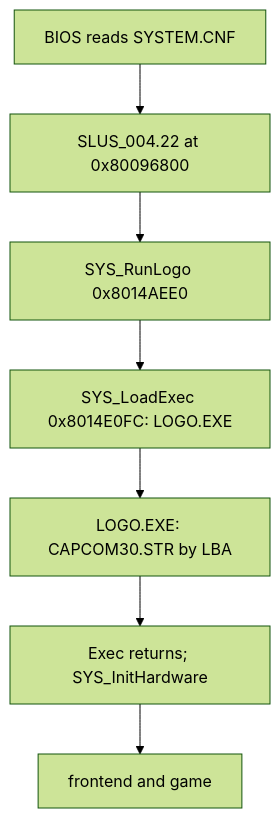
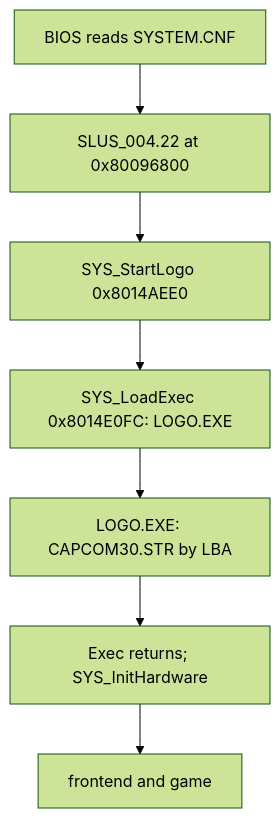
One commit to raulcorreia7/bof3-wiki changed the diagram in src/content/docs/formats/exe.md. Above: the diagram before and after it, drawn with Mermaid (forest theme). The commit also changed other lines of this file and 29 other files, not shown here.

````diff
--- a/src/content/docs/formats/exe.md
+++ b/src/content/docs/formats/exe.md
@@ -60,9 +60,9 @@
 ```mermaid
 flowchart TD
     B["BIOS reads SYSTEM.CNF"] --> S["SLUS_004.22 at 0x80096800"]
-    S --> L["SYS_RunLogo 0x8014AEE0"]
+    S --> L["SYS_StartLogo 0x8014AEE0"]
     L --> X["SYS_LoadExec 0x8014E0FC: LOGO.EXE"]
     X --> G["LOGO.EXE: CAPCOM30.STR by LBA"]
     G --> R["Exec returns; SYS_InitHardware"]
     R --> F["frontend and game"]
 ```
````
